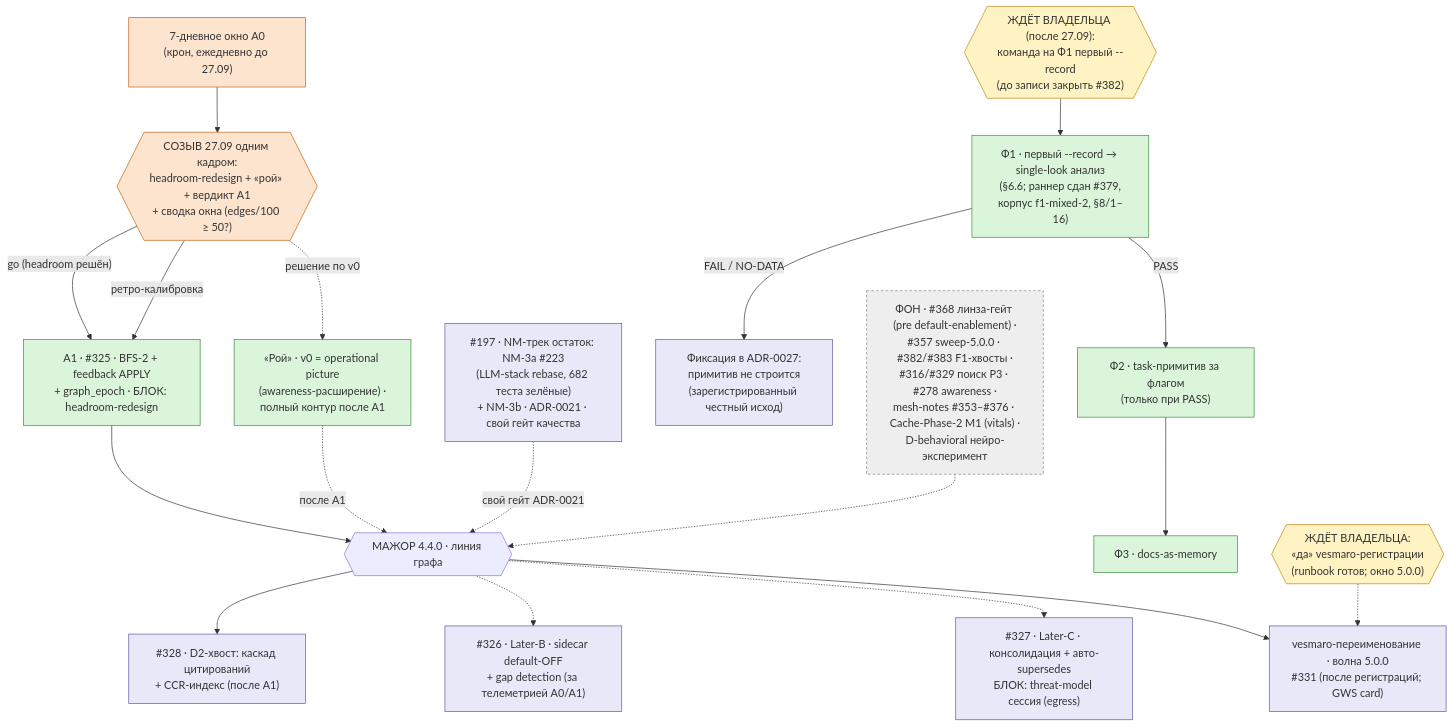
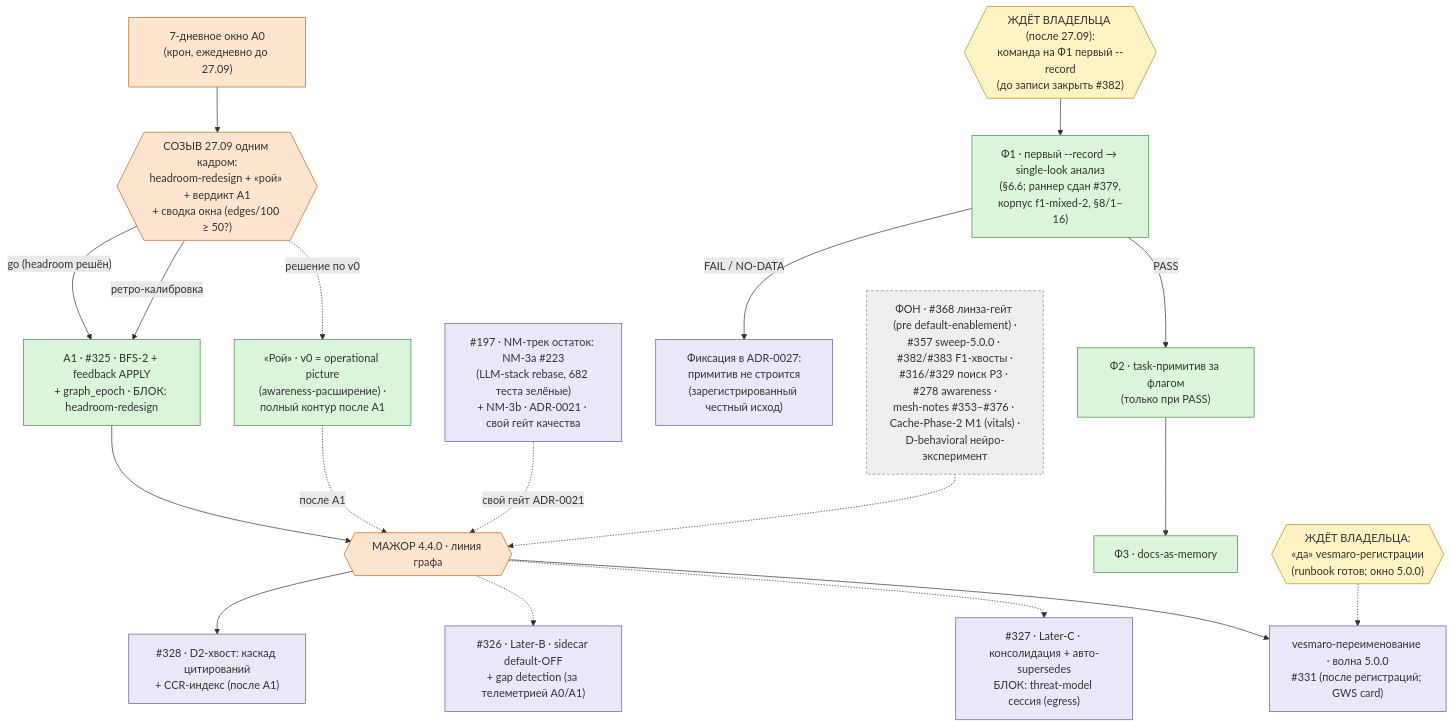
Before and after one commit to vesmaro/vesmaro: the first of 4 diagrams in docs/project/dev-plan.md, drawn with Mermaid. The commit also changed other lines of this file, not shown here.

Commit message:
docs(dev-plan): review fixes — source the 27.09 agenda canon (ArchCom queue + pre-read), restore M440 gate class, link #374, pre-read wording

````diff
--- a/docs/project/dev-plan.md
+++ b/docs/project/dev-plan.md
@@ -97,47 +97,47 @@
 ```mermaid
 flowchart TD
     OWN3{{"ЖДЁТ ВЛАДЕЛЬЦА:<br/>«да» vesmaro-регистрации<br/>(runbook готов; окно 5.0.0)"}}
     OWN4{{"ЖДЁТ ВЛАДЕЛЬЦА (после 27.09):<br/>команда на Ф1 первый --record<br/>(до записи закрыть #382)"}}
     WIN["7-дневное окно A0<br/>(крон, ежедневно до 27.09)"]
     SUM{{"СОЗЫВ 27.09 одним кадром:<br/>headroom-redesign + «рой» + вердикт A1<br/>+ сводка окна (edges/100 ≥ 50?)"}}
     A1["A1 · #325 · BFS-2 + feedback APPLY<br/>+ graph_epoch · БЛОК: headroom-redesign"]
     SW["«Рой» · v0 = operational picture<br/>(awareness-расширение) ·<br/>полный контур после A1"]
     F1REC["Ф1 · первый --record → single-look анализ<br/>(§6.6; раннер сдан #379,<br/>корпус f1-mixed-2, §8/1–16)"]
     F2["Ф2 · task-примитив за флагом<br/>(только при PASS)"]
     F3["Ф3 · docs-as-memory"]
     XF["Фиксация в ADR-0027:<br/>примитив не строится<br/>(зарегистрированный честный исход)"]
     D2S["#328 · D2-хвост: каскад цитирований<br/>+ CCR-индекс (после A1)"]
     LB["#326 · Later-B · sidecar default-OFF<br/>+ gap detection (за телеметрией A0/A1)"]
     LC["#327 · Later-C · консолидация + авто-supersedes<br/>БЛОК: threat-model сессия (egress)"]
     M440{{"МАЖОР 4.4.0 · линия графа"}}
     NM["#197 · NM-трек остаток: NM-3a #223<br/>(LLM-stack rebase, 682 теста зелёные)<br/>+ NM-3b · ADR-0021 · свой гейт качества"]
     REN["vesmaro-переименование · волна 5.0.0<br/>#331 (после регистраций; GWS card)"]
     SIDE["ФОН · #368 линза-гейт (pre default-enablement) ·<br/>#357 sweep-5.0.0 · #382/#383 F1-хвосты ·<br/>#316/#329 поиск P3 · #278 awareness ·<br/>mesh-notes #353–#376 · Cache-Phase-2 M1 (vitals) ·<br/>D-behavioral нейро-эксперимент"]
     WIN --> SUM
     SUM -- "go (headroom решён)" --> A1
     SUM -- "ретро-калибровка" --> A1
     SUM -. "решение по v0" .-> SW
     OWN4 --> F1REC
     F1REC -- "PASS" --> F2
     F1REC -- "FAIL / NO-DATA" --> XF
     F2 --> F3
     A1 --> M440
     SW -. после A1 .-> M440
     NM -. свой гейт ADR-0021 .-> M440
     M440 --> D2S
     M440 -.-> LB
     M440 -.-> LC
     M440 --> REN
     OWN3 -.-> REN
     SIDE -.-> M440
     classDef owner fill:#fff3c4,stroke:#b8860b
     classDef wave fill:#daf5da,stroke:#3d8b3d
     classDef gate fill:#fde4cf,stroke:#c46210
     classDef later fill:#e8e8f8,stroke:#5b5b9e
     classDef side fill:#eeeeee,stroke:#888888,stroke-dasharray: 4 3
     class OWN3,OWN4 owner
-    class WIN,SUM gate
+    class WIN,SUM,M440 gate
     class A1,SW,F1REC,F2,F3 wave
     class XF,NM,D2S,LB,LC,REN later
     class SIDE side
 ```
````
